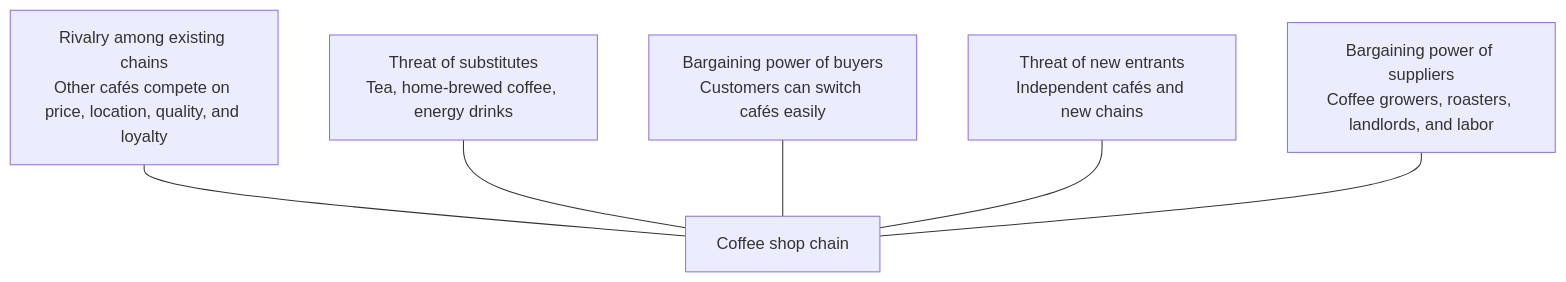
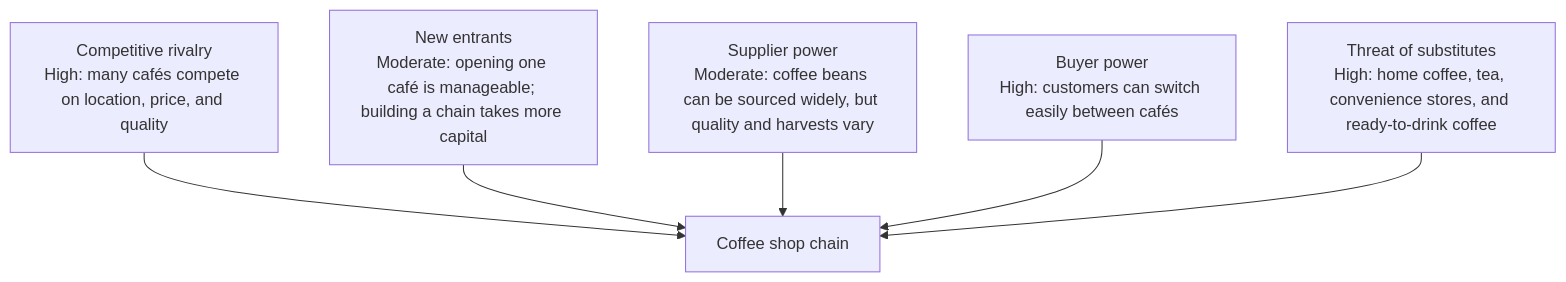
Before and after one commit to vrevolverrr/vicher: the diagram in eval/figure/generated/luna/b-five-forces.md, drawn with Mermaid. The commit also changed other lines of this file and 105 other files, not shown here.

Commit message:
test(eval): regenerate the figure replies under the final prompt

````diff
--- a/eval/figure/generated/luna/b-five-forces.md
+++ b/eval/figure/generated/luna/b-five-forces.md
@@ -3,15 +3,15 @@
 ```mermaid
 flowchart TB
-    R["Rivalry among existing chains<br/>Other cafés compete on price, location, quality, and loyalty"]
-    S["Threat of substitutes<br/>Tea, home-brewed coffee, energy drinks"]
-    B["Bargaining power of buyers<br/>Customers can switch cafés easily"]
     C["Coffee shop chain"]
-    N["Threat of new entrants<br/>Independent cafés and new chains"]
-    U["Bargaining power of suppliers<br/>Coffee growers, roasters, landlords, and labor"]
+    R["Competitive rivalry<br/>High: many cafés compete on location, price, and quality"]
+    N["New entrants<br/>Moderate: opening one café is manageable; building a chain takes more capital"]
+    S["Supplier power<br/>Moderate: coffee beans can be sourced widely, but quality and harvests vary"]
+    B["Buyer power<br/>High: customers can switch easily between cafés"]
+    T["Threat of substitutes<br/>High: home coffee, tea, convenience stores, and ready-to-drink coffee"]
 
-    R --- C
-    S --- C
-    B --- C
-    N --- C
-    U --- C
+    R --> C
+    N --> C
+    S --> C
+    B --> C
+    T --> C
 ```
````
